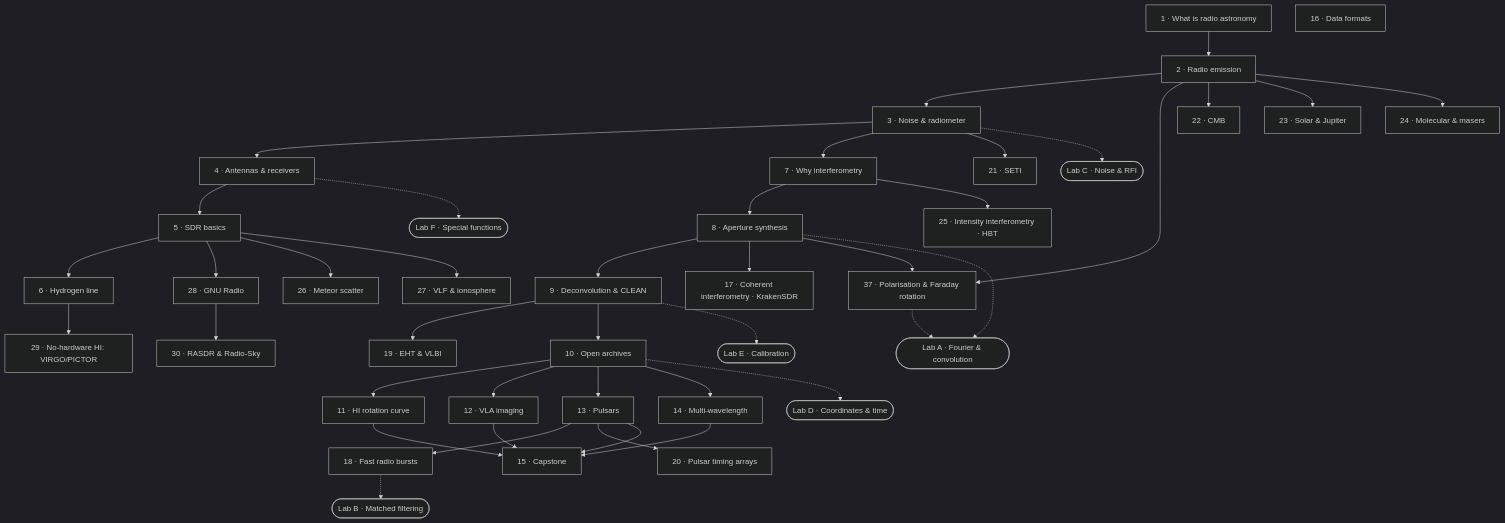
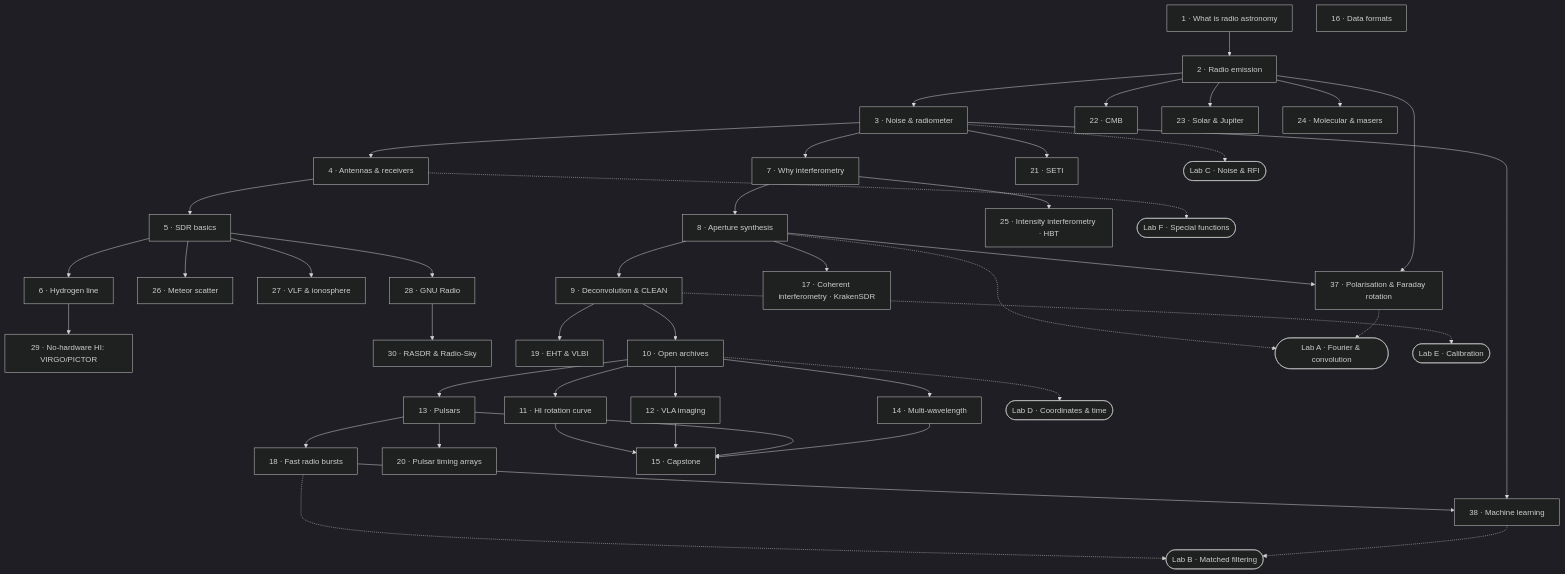
The diagram in docs/learning-paths.md (joebarbere/jansky), drawn with Mermaid (dark theme) before and after one commit. The commit also changed other lines of this file and 6 other files, not shown here.

```diff
--- a/docs/learning-paths.md
+++ b/docs/learning-paths.md
@@ -64,6 +64,7 @@
   C22[22 · CMB]
   C23[23 · Solar & Jupiter]
   C24[24 · Molecular & masers]
+  C38[38 · Machine learning]
   C15[15 · Capstone]
   C9 --> C10 --> C11
   C10 --> C12
@@ -71,6 +72,8 @@
   C10 --> C14
   C13 --> C18
   C13 --> C20
+  C18 --> C38
+  C3 --> C38
   C3 --> C21
   C2 --> C22
   C2 --> C23
@@ -90,6 +93,7 @@
   C8 -.-> LA
   C37 -.-> LA
   C18 -.-> LB
+  C38 -.-> LB
   C3 -.-> LC
   C10 -.-> LD
   C9 -.-> LE
```
